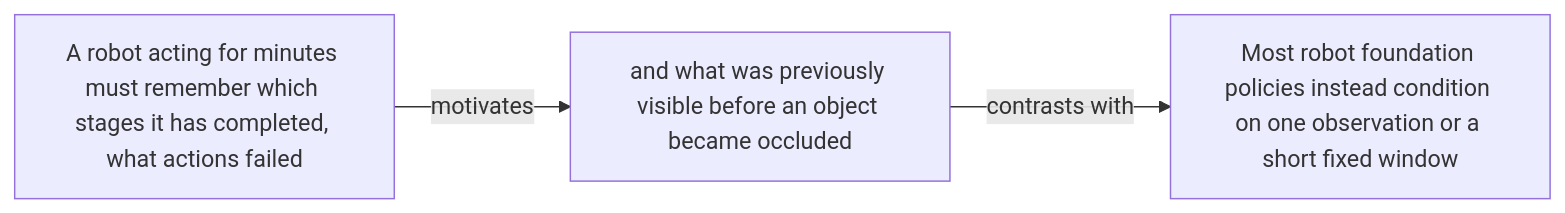
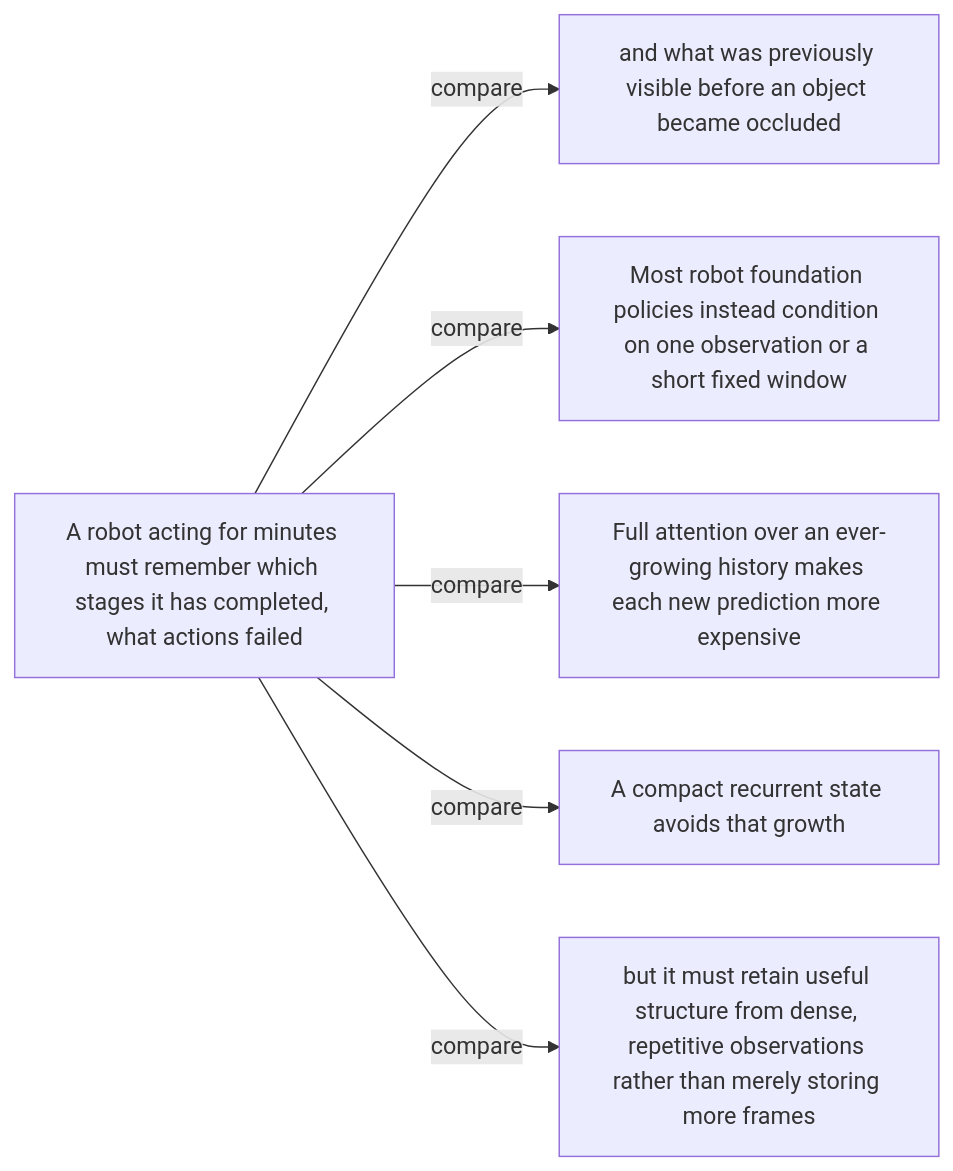
Before and after one commit to Betancourt1/paper_atlas: the third of 48 diagrams in docs/visual-manifests/VISUAL_MANIFEST_ROBOTT.md, drawn with Mermaid. The commit also changed other lines of this file and 7 other files, not shown here.

````diff
--- a/docs/visual-manifests/VISUAL_MANIFEST_ROBOTT.md
+++ b/docs/visual-manifests/VISUAL_MANIFEST_ROBOTT.md
@@ -57,8 +203,14 @@
 ```mermaid
 flowchart LR
   n1["A robot acting for minutes must remember which stages it has completed, what actions failed"]
   n2["and what was previously visible before an object became occluded"]
   n3["Most robot foundation policies instead condition on one observation or a short fixed window"]
-  n1 -->|"motivates"| n2
-  n2 -->|"contrasts with"| n3
+  n4["Full attention over an ever-growing history makes each new prediction more expensive"]
+  n5["A compact recurrent state avoids that growth"]
+  n6["but it must retain useful structure from dense, repetitive observations rather than merely storing more frames"]
+  n1 -->|"compare"| n2
+  n1 -->|"compare"| n3
+  n1 -->|"compare"| n4
+  n1 -->|"compare"| n5
+  n1 -->|"compare"| n6
 ```
````
